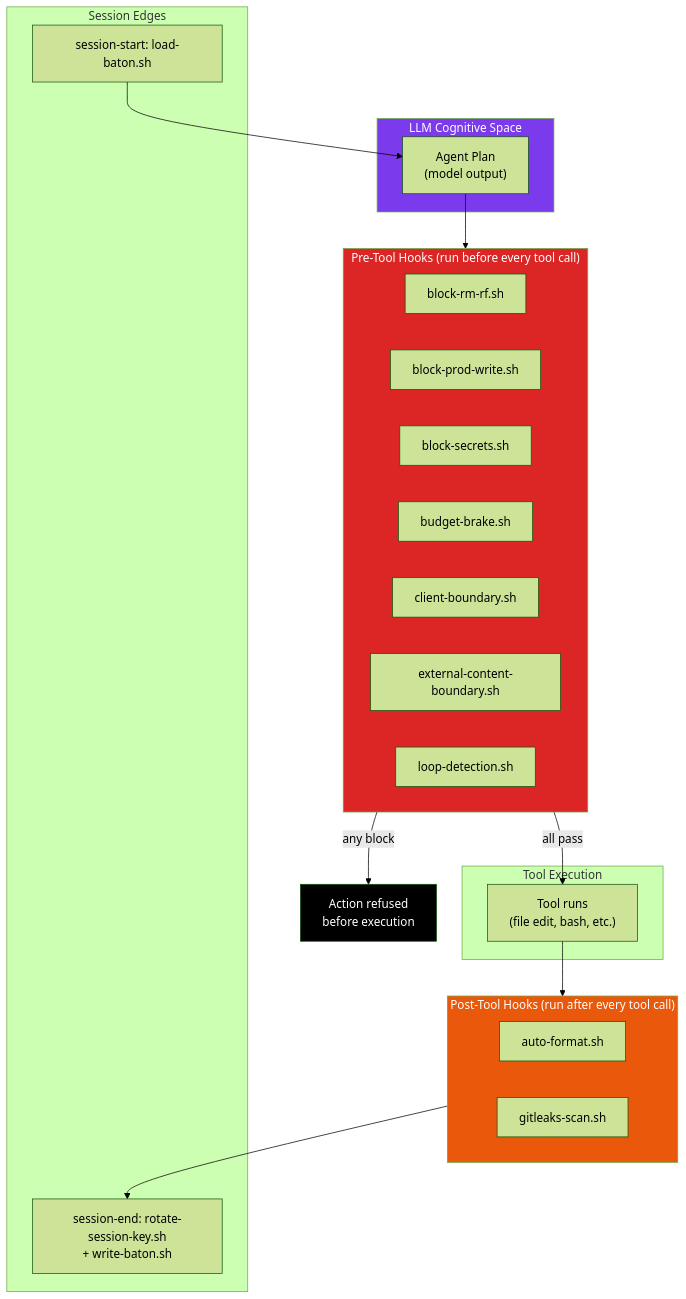
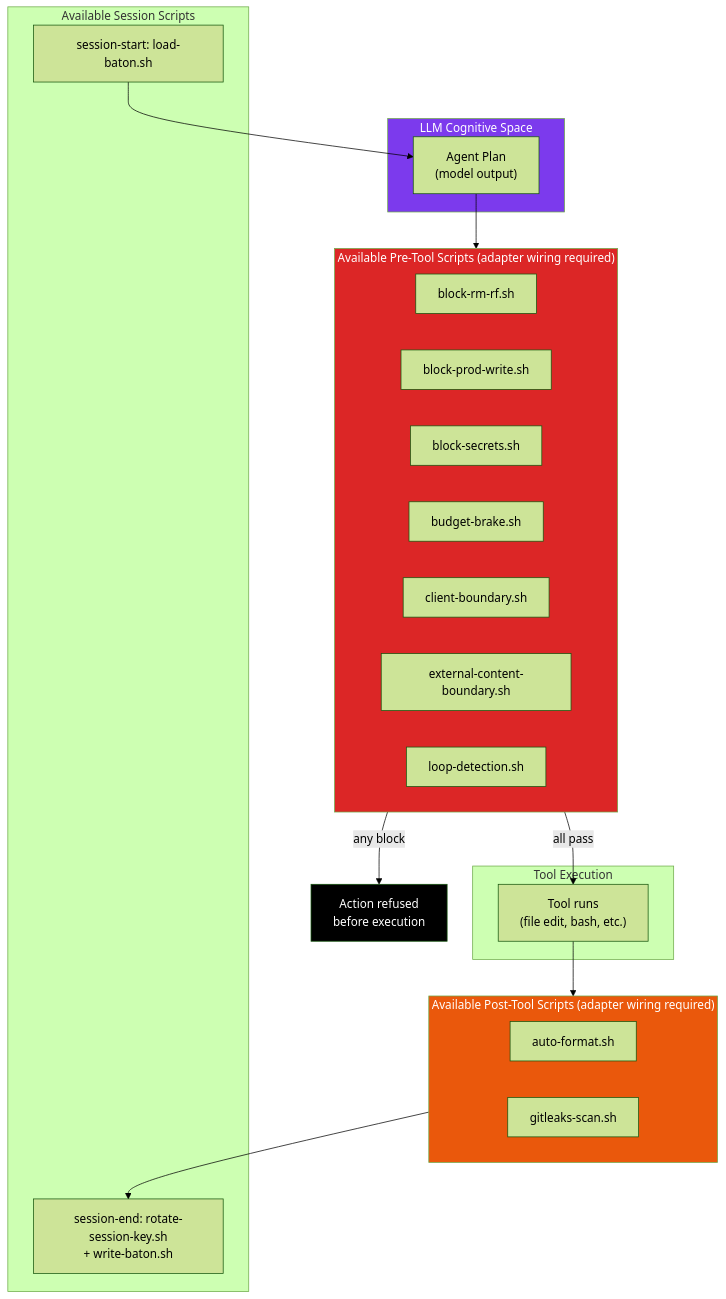
One commit to MILTONADINA/Private-Projects-Portfolio-Showcase changed the second of 2 diagrams in DevOPs/README.md. Above: the diagram before and after it, drawn with Mermaid (forest theme). The commit also changed other lines of this file and 43 other files, not shown here.

````diff
--- a/DevOPs/README.md
+++ b/DevOPs/README.md
@@ -118,42 +114,42 @@
 ```mermaid
 graph TB
     subgraph Cognitive["LLM Cognitive Space"]
         Agent["Agent Plan<br/>(model output)"]
     end
 
-    subgraph PreTool["Pre-Tool Hooks (run before every tool call)"]
+    subgraph PreTool["Available Pre-Tool Scripts (adapter wiring required)"]
         H1["block-rm-rf.sh"]
         H2["block-prod-write.sh"]
         H3["block-secrets.sh"]
         H4["budget-brake.sh"]
         H5["client-boundary.sh"]
         H6["external-content-boundary.sh"]
         H7["loop-detection.sh"]
     end
 
     subgraph Tool["Tool Execution"]
         ToolRun["Tool runs<br/>(file edit, bash, etc.)"]
     end
 
-    subgraph PostTool["Post-Tool Hooks (run after every tool call)"]
+    subgraph PostTool["Available Post-Tool Scripts (adapter wiring required)"]
         P1["auto-format.sh"]
         P2["gitleaks-scan.sh"]
     end
 
-    subgraph SessionEdges["Session Edges"]
+    subgraph SessionEdges["Available Session Scripts"]
         SS["session-start: load-baton.sh"]
         SE["session-end: rotate-session-key.sh<br/>+ write-baton.sh"]
     end
 
     SS --> Agent
     Agent --> PreTool
     PreTool -->|"all pass"| ToolRun
     PreTool -->|"any block"| Refused["Action refused<br/>before execution"]
     ToolRun --> PostTool
     PostTool --> SE
 
     style Cognitive fill:#7c3aed,color:#fff
     style PreTool fill:#dc2626,color:#fff
     style PostTool fill:#ea580c,color:#fff
     style Refused fill:#000000,color:#fff
 ```
````
